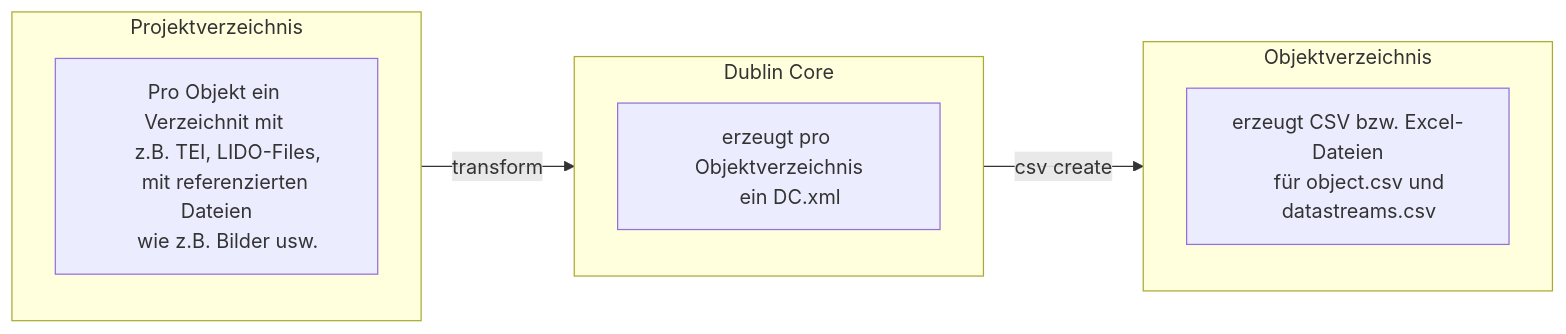
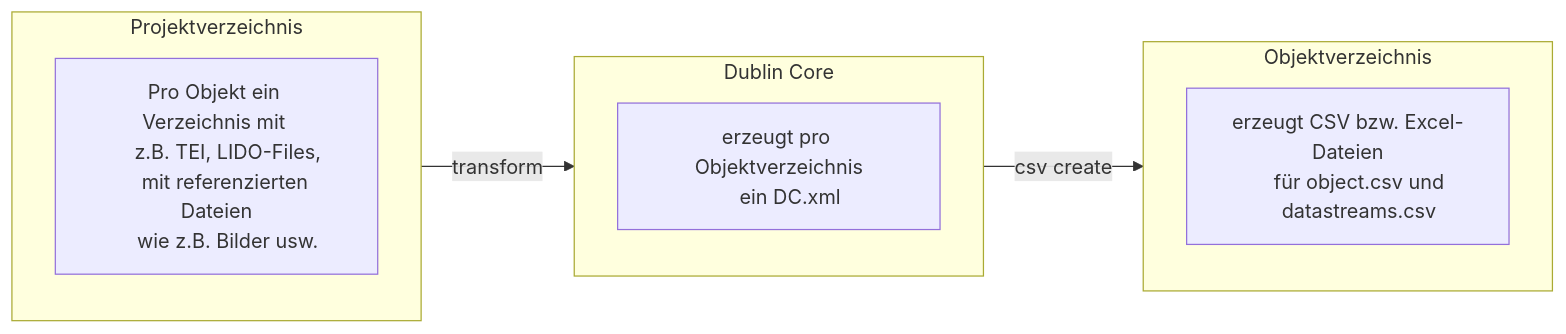
The second of 2 diagrams in README.md (DHGraz/gamspreprocessor), drawn with Mermaid before and after one commit. The commit also changed other lines of this file, not shown here.

````diff
--- a/README.md
+++ b/README.md
@@ -28,20 +154,20 @@
 ```mermaid
 graph LR
     subgraph A[Projektverzeichnis]
-    AA[Pro Objekt ein Verzeichnit mit 
+    AA[Pro Objekt ein Verzeichnis mit 
     z.B. TEI, LIDO-Files,
     mit referenzierten Dateien
     wie z.B. Bilder usw.]
     end
     subgraph B[Dublin Core]
     BB[erzeugt pro Objektverzeichnis
     ein DC.xml]
     end
     subgraph C[Objektverzeichnis]
     CC[erzeugt CSV bzw. Excel-Dateien
     für object.csv und
     datastreams.csv]
     end
     A --> |transform| B[Objektverzeichnis]
     B --> |csv create| C[Objektverzeichnis]
 ```
````
